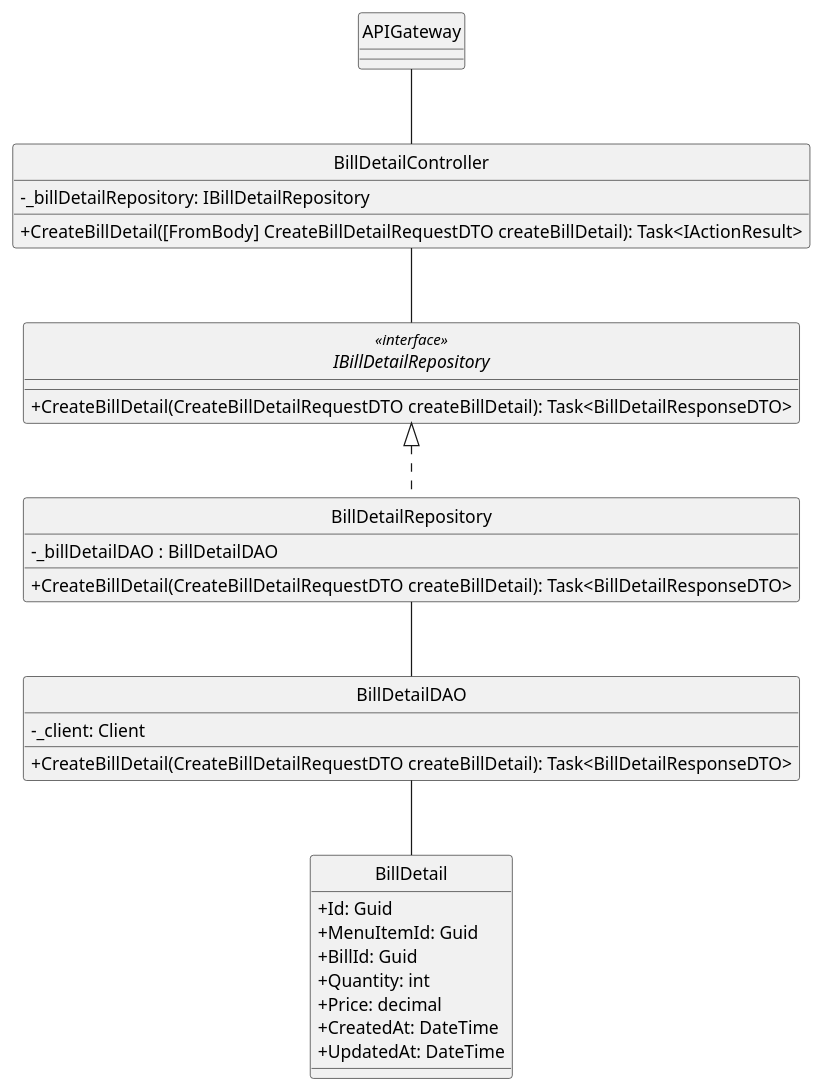
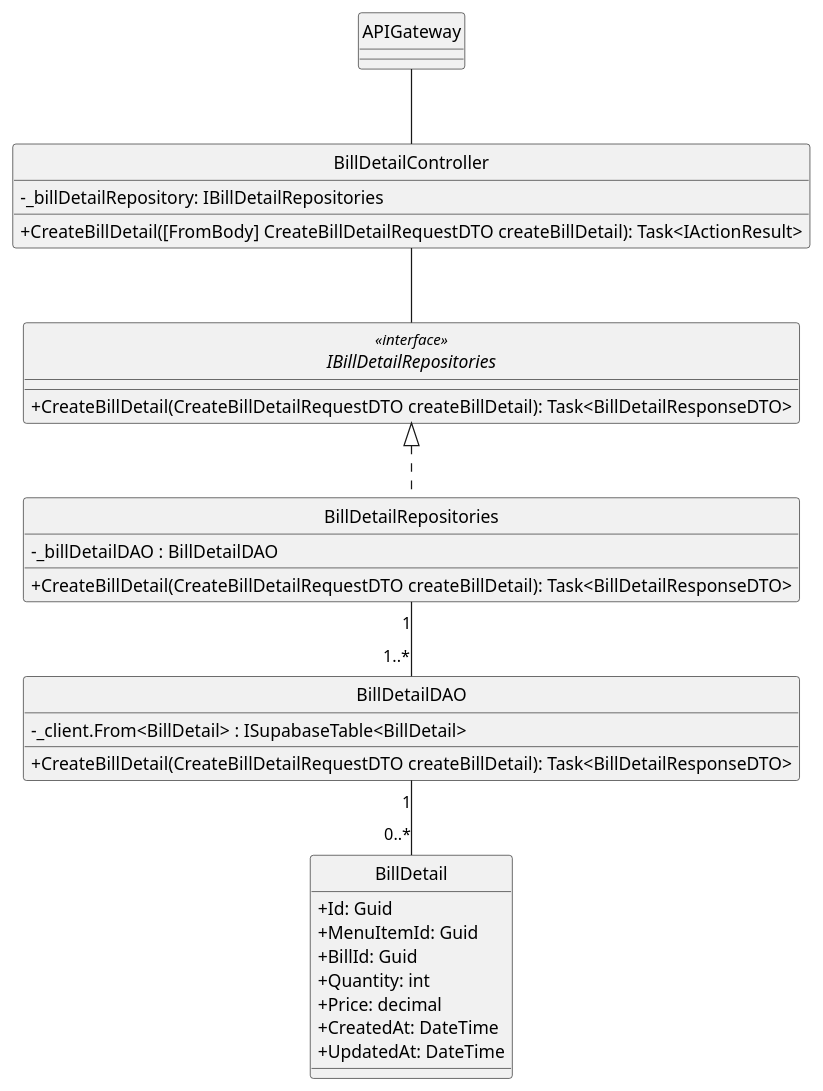
One commit to minhnhut23/FPT-OBOMS changed the diagram in docs/ClassDiagram/BillDetail/CreateBillDetail.plantuml. Above: the diagram before and after it, drawn with PlantUML. The commit also changed 10 other files, not shown here.

Commit message:
sequence diagram for bill feature

```diff
--- a/docs/ClassDiagram/BillDetail/CreateBillDetail.plantuml
+++ b/docs/ClassDiagram/BillDetail/CreateBillDetail.plantuml
@@ -1,45 +1,45 @@
 @startuml
 hide circle
 skinparam classAttributeIconSize 0
 
 class APIGateway {
 }
 
 class BillDetailController {
-    - _billDetailRepository: IBillDetailRepository 
+    - _billDetailRepository: IBillDetailRepositories 
     + CreateBillDetail([FromBody] CreateBillDetailRequestDTO createBillDetail): Task<IActionResult> 
 }
 
-interface IBillDetailRepository<<interface>>  {
+interface IBillDetailRepositories<<interface>>  {
     + CreateBillDetail(CreateBillDetailRequestDTO createBillDetail): Task<BillDetailResponseDTO> 
 }
 
-class BillDetailRepository {
+class BillDetailRepositories {
     - _billDetailDAO : BillDetailDAO
     + CreateBillDetail(CreateBillDetailRequestDTO createBillDetail): Task<BillDetailResponseDTO> 
 
 }
 
 class BillDetailDAO {
-    - _client: Client
+    - _client.From<BillDetail> : ISupabaseTable<BillDetail>
     + CreateBillDetail(CreateBillDetailRequestDTO createBillDetail): Task<BillDetailResponseDTO> 
 
 }
 
 class BillDetail {
     +Id: Guid
     +MenuItemId: Guid
     +BillId: Guid
     +Quantity: int
     +Price: decimal
     +CreatedAt: DateTime
     +UpdatedAt: DateTime
 }
 
 APIGateway -- BillDetailController
-BillDetailController -- IBillDetailRepository
-IBillDetailRepository <|.. BillDetailRepository
-BillDetailRepository -- BillDetailDAO
-BillDetailDAO -- BillDetail
+BillDetailController -- IBillDetailRepositories
+IBillDetailRepositories <|.. BillDetailRepositories
+BillDetailRepositories "1" -- "1..*" BillDetailDAO
+BillDetailDAO "1" -- "0..*" BillDetail
 
 @enduml
```
